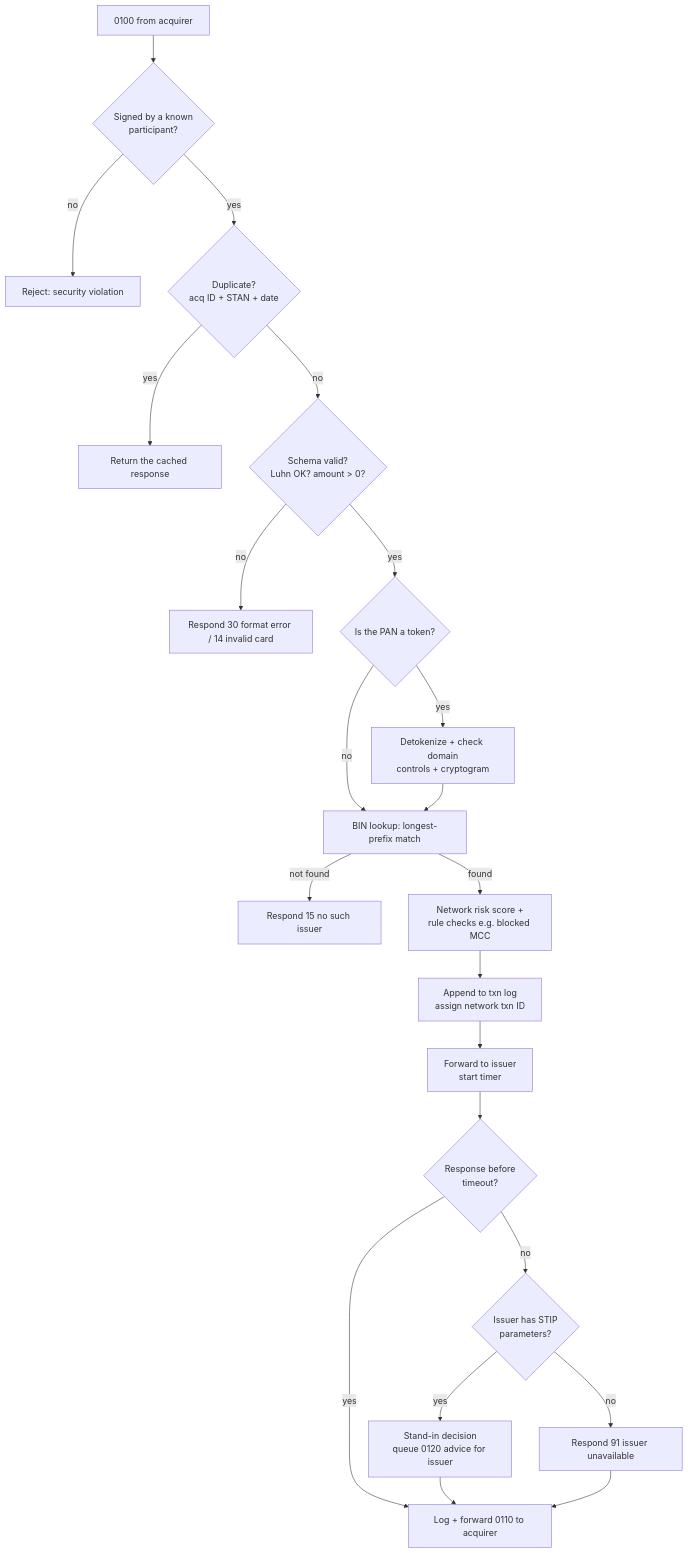
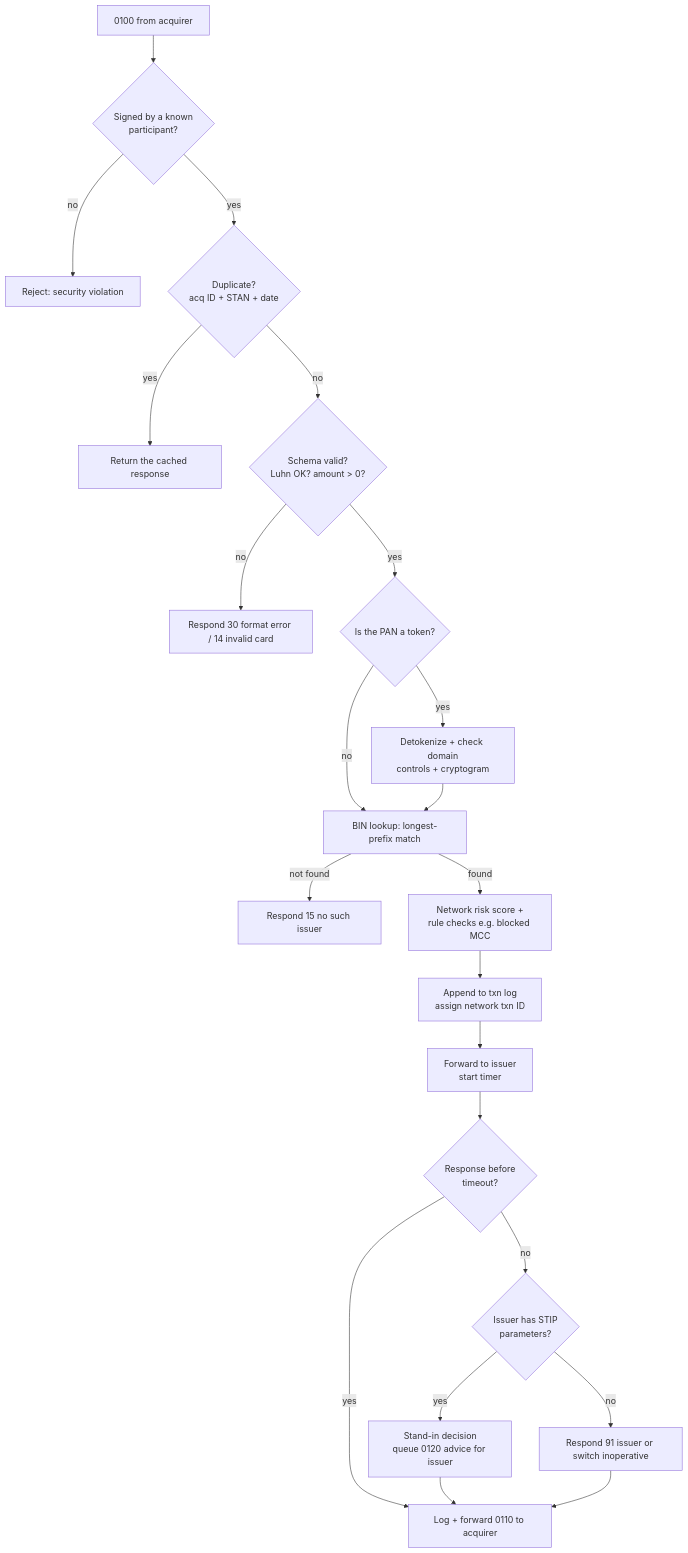
One commit to JonahR/simple-network changed the first of 2 diagrams in Network KT/04-authorization-deep-dive.md. Above: the diagram before and after it, drawn with Mermaid. The commit also changed other lines of this file and 34 other files, not shown here.

````diff
--- a/Network KT/04-authorization-deep-dive.md
+++ b/Network KT/04-authorization-deep-dive.md
@@ -105,24 +105,24 @@
 ```mermaid
 flowchart TD
     IN[0100 from acquirer] --> AUTHN{Signed by a known<br/>participant?}
     AUTHN -- no --> REJ1[Reject: security violation]
     AUTHN -- yes --> DUP{Duplicate?<br/>acq ID + STAN + date}
     DUP -- yes --> REPLAY[Return the cached response]
     DUP -- no --> VAL{Schema valid?<br/>Luhn OK? amount > 0?}
     VAL -- no --> R30[Respond 30 format error / 14 invalid card]
     VAL -- yes --> TOK{Is the PAN a token?}
     TOK -- yes --> DETOK[Detokenize + check domain<br/>controls + cryptogram]
     TOK -- no --> BIN
     DETOK --> BIN[BIN lookup: longest-prefix match]
     BIN -- not found --> R15[Respond 15 no such issuer]
     BIN -- found --> RISK[Network risk score +<br/>rule checks e.g. blocked MCC]
     RISK --> LOG[Append to txn log<br/>assign network txn ID]
     LOG --> SEND[Forward to issuer<br/>start timer]
     SEND --> RESP{Response before<br/>timeout?}
     RESP -- yes --> OUT[Log + forward 0110 to acquirer]
     RESP -- no --> STIP{Issuer has STIP<br/>parameters?}
     STIP -- yes --> STIPD[Stand-in decision<br/>queue 0120 advice for issuer]
-    STIP -- no --> R91[Respond 91 issuer unavailable]
+    STIP -- no --> R91[Respond 91 issuer or switch inoperative]
     STIPD --> OUT
     R91 --> OUT
 ```
````
